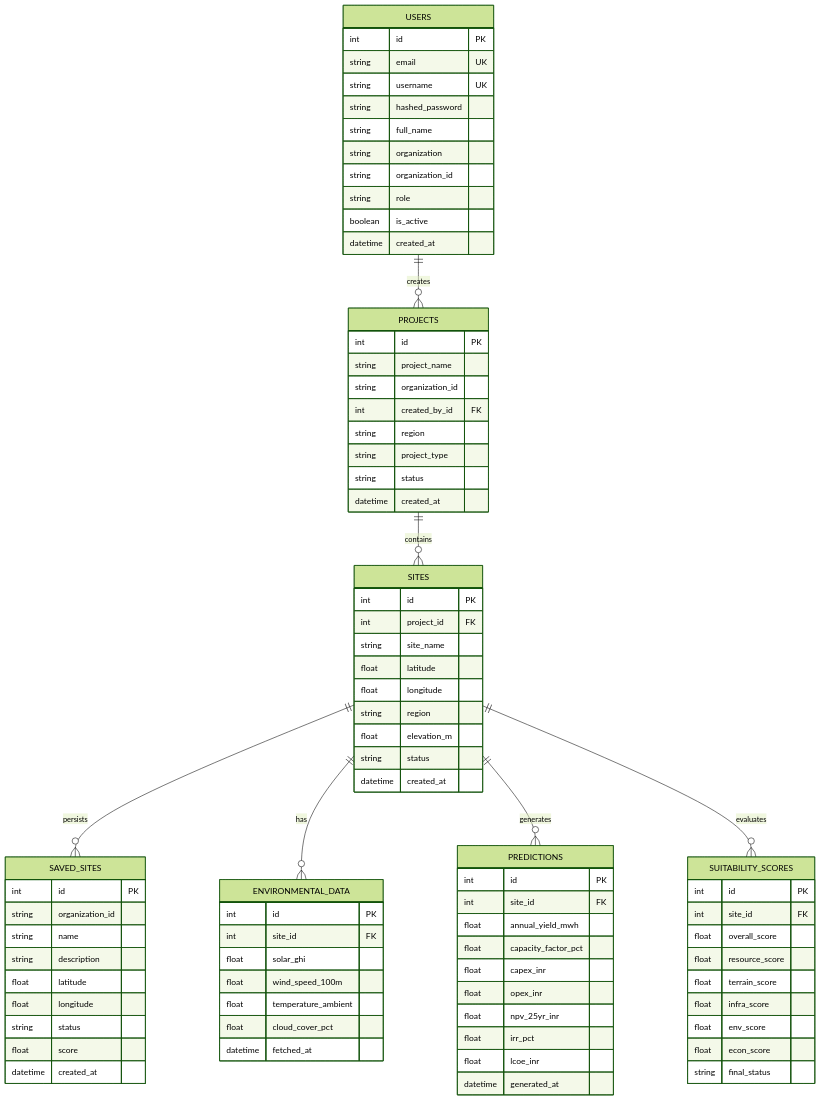
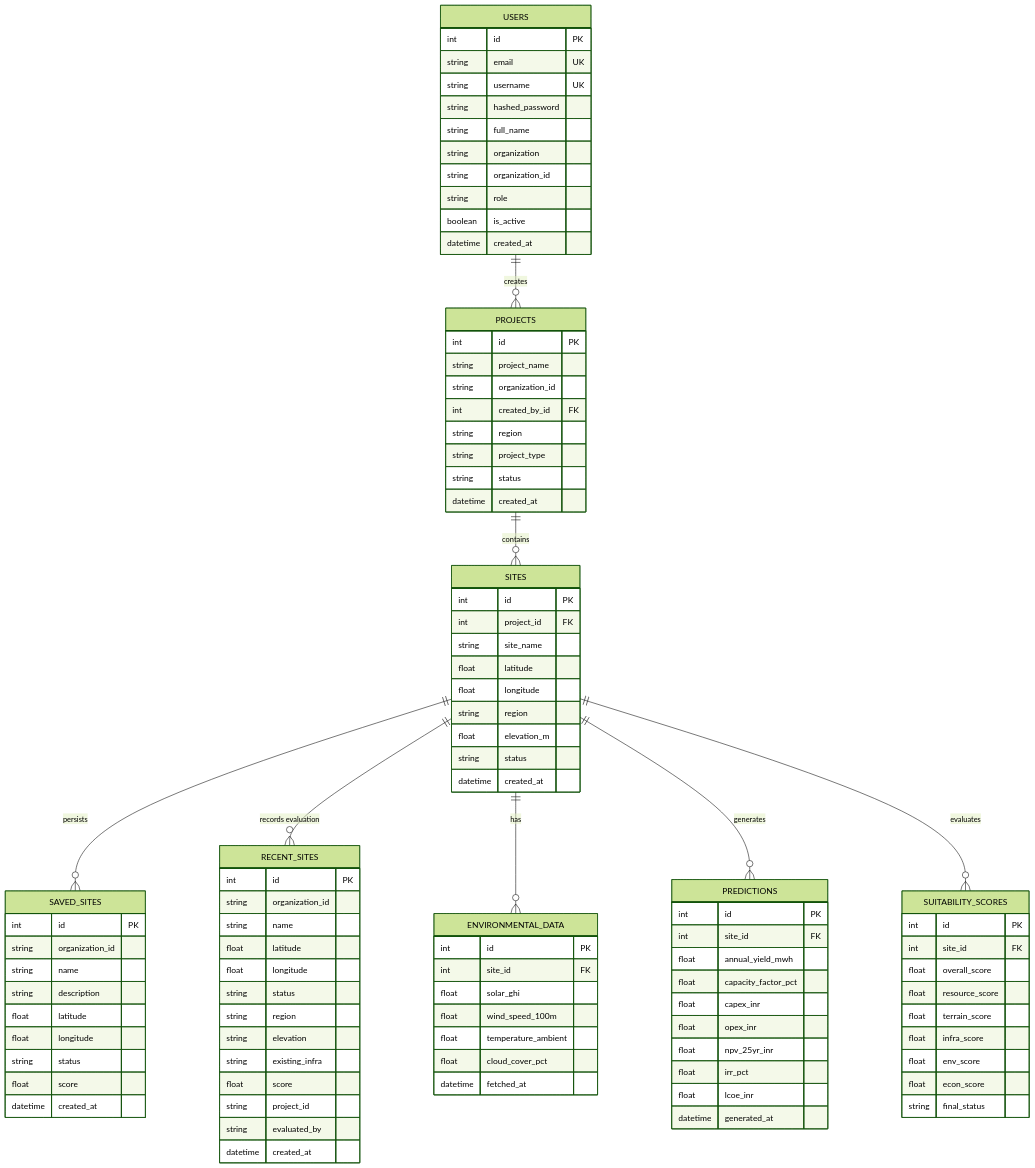
One commit to ShyamNehra/AI-Solar-Wind-Deployment changed the diagram in docs/database/database_design.md. Above: the diagram before and after it, drawn with Mermaid (forest theme). The commit also changed other lines of this file and 15 other files, not shown here.

```diff
--- a/docs/database/database_design.md
+++ b/docs/database/database_design.md
@@ -12,6 +12,7 @@
     USERS ||--o{ PROJECTS : "creates"
     PROJECTS ||--o{ SITES : "contains"
     SITES ||--o{ SAVED_SITES : "persists"
+    SITES ||--o{ RECENT_SITES : "records evaluation"
     SITES ||--o{ ENVIRONMENTAL_DATA : "has"
     SITES ||--o{ PREDICTIONS : "generates"
     SITES ||--o{ SUITABILITY_SCORES : "evaluates"
@@ -64,6 +65,22 @@
         datetime created_at
     }
 
+    RECENT_SITES {
+        int id PK
+        string organization_id
+        string name
+        float latitude
+        float longitude
+        string status
+        string region
+        string elevation
+        string existing_infra
+        float score
+        string project_id
+        string evaluated_by
+        datetime created_at
+    }
+
     ENVIRONMENTAL_DATA {
         int id PK
         int site_id FK
```
